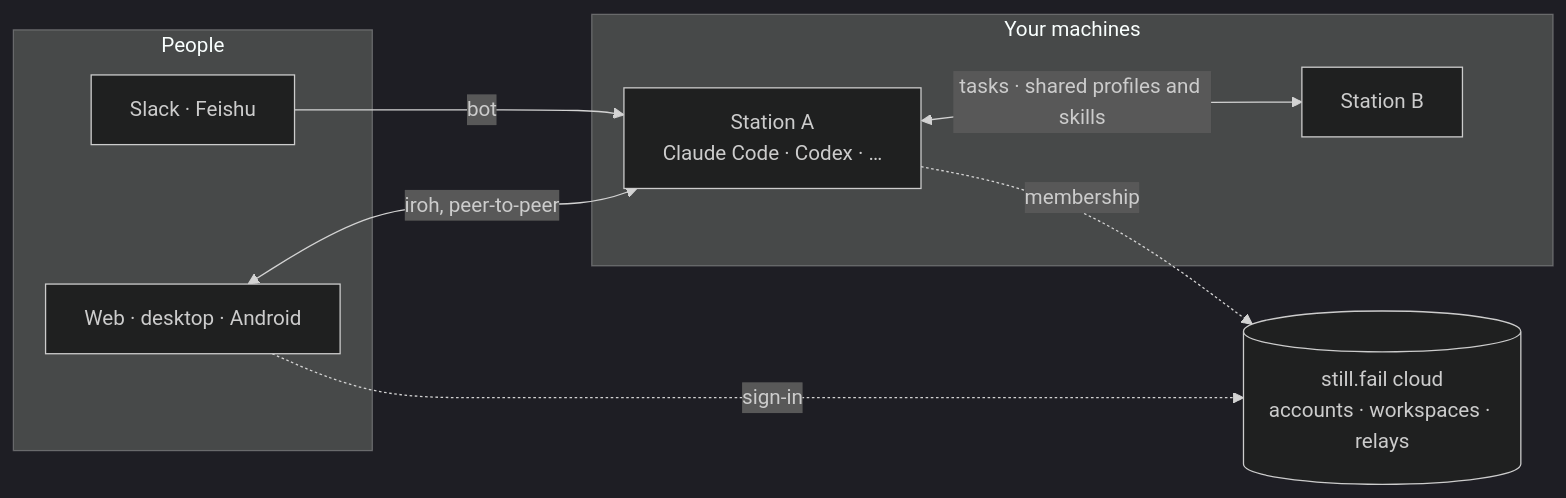
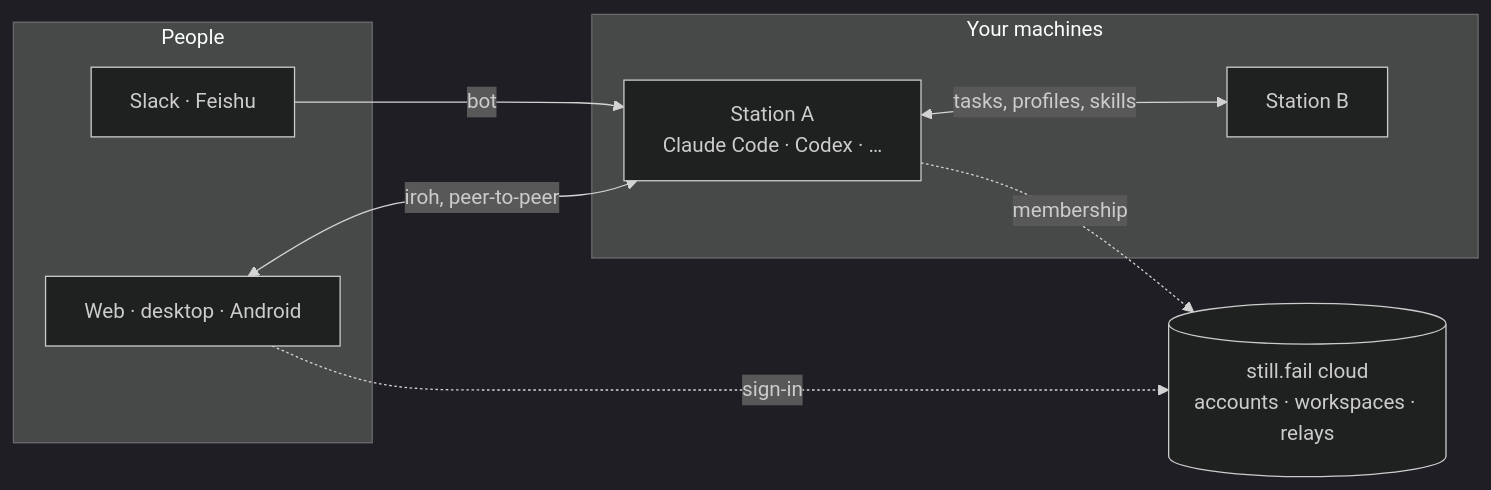
One commit to AFK-surf/still.fail changed the diagram in README.md. Above: the diagram before and after it, drawn with Mermaid (dark theme). The commit also changed 1 other file, not shown here.

Commit message:
README: the diagram's station-to-station label shorter

````diff
--- a/README.md
+++ b/README.md
@@ -42,17 +42,17 @@
 ```mermaid
 flowchart LR
   subgraph people [People]
     chat["Slack · Feishu"]
     apps["Web · desktop · Android"]
   end
   subgraph machines [Your machines]
     a["Station A<br/>Claude Code · Codex · …"]
     b["Station B"]
   end
   cloud[("still.fail cloud<br/>accounts · workspaces · relays")]
   chat -->|bot| a
   apps <-->|"iroh, peer-to-peer"| a
-  a <-->|"tasks · shared profiles and skills"| b
+  a <-->|"tasks, profiles, skills"| b
   apps -.->|sign-in| cloud
   a -.->|membership| cloud
 ```
````
